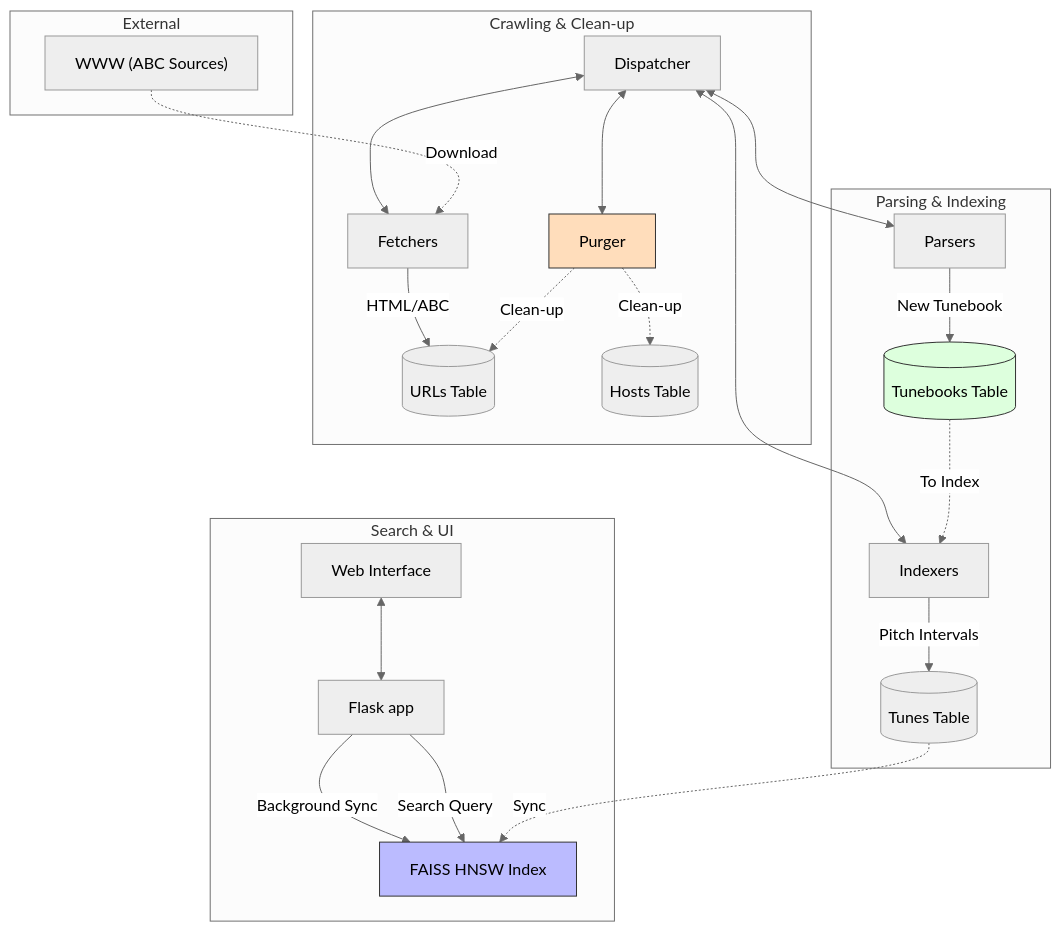
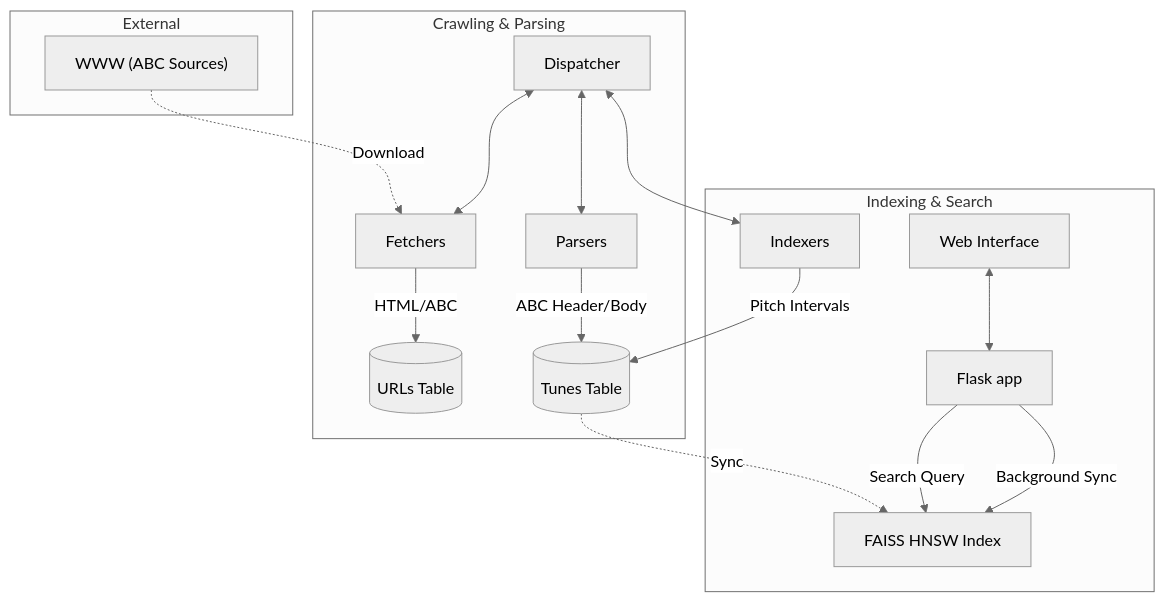
The first of 2 diagrams in README.md (mark-vandenbroeck/ABC), drawn with Mermaid (neutral theme) before and after one commit. The commit also changed other lines of this file and 4 other files, not shown here.

````diff
--- a/README.md
+++ b/README.md
@@ -73,35 +75,24 @@
 ```mermaid
 graph TD
     subgraph "External"
         Web["WWW (ABC Sources)"]
     end
 
-    subgraph "Crawling & Clean-up"
+    subgraph "Crawling & Parsing"
         D[Dispatcher] <--> F[Fetchers]
-        D <--> PU[Purger]
         F --> |HTML/ABC| U[(URLs Table)]
-        PU -.-> |Clean-up| U
-        PU -.-> |Clean-up| H[(Hosts Table)]
+        D <--> P[Parsers]
+        P --> |ABC Header/Body| T[(Tunes Table)]
     end
 
-    subgraph "Parsing & Indexing"
-        D <--> P[Parsers]
-        P --> |New Tunebook| TB[(Tunebooks Table)]
+    subgraph "Indexing & Search"
         D <--> I[Indexers]
-        I --> |Pitch Intervals| T[(Tunes Table)]
-        TB -.-> |To Index| I
-    end
-
-    subgraph "Search & UI"
+        I --> |Pitch Intervals| T
         A[Flask app] --> |Background Sync| FAISS[FAISS HNSW Index]
         A --> |Search Query| FAISS
         U_UI[Web Interface] <--> A
-        T -.-> |Sync| FAISS
     end
 
     Web -.-> |Download| F
-    
-    style PU fill:#fdb,stroke:#333
-    style TB fill:#dfd,stroke:#333
-    style FAISS fill:#bbf,stroke:#333
+    T -.-> |Sync| FAISS
 ```
````
